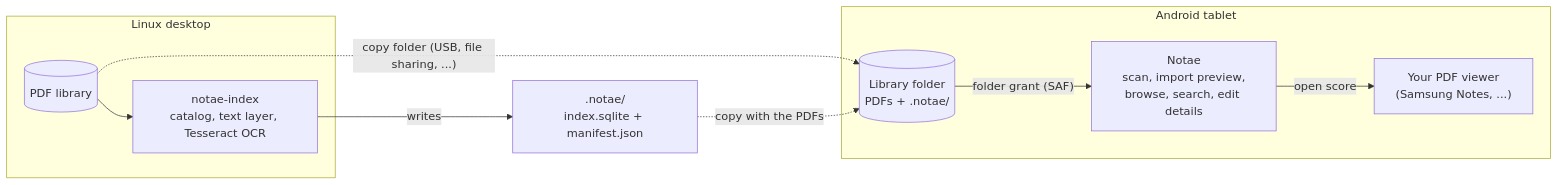
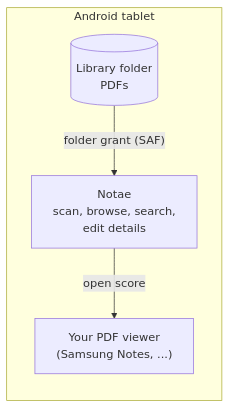
One commit to eRgo35/notae changed the diagram in README.md. Above: the diagram before and after it, drawn with Mermaid. The commit also changed other lines of this file and 59 other files, not shown here.

First line of the commit message:
refactor!: drop the desktop indexer and archive desktop OCR

````diff
--- a/README.md
+++ b/README.md
@@ -115,20 +106,10 @@
 ```mermaid
 flowchart LR
-    subgraph desktop["Linux desktop"]
-        pdfs[("PDF library")]
-        idx["notae-index<br/>catalog, text layer, Tesseract OCR"]
-        pdfs --> idx
-    end
-
-    idx -->|writes| sidecar[".notae/<br/>index.sqlite + manifest.json"]
-    pdfs -. "copy folder (USB, file sharing, ...)" .-> tablet_files
-    sidecar -. "copy with the PDFs" .-> tablet_files
-
     subgraph tablet["Android tablet"]
-        tablet_files[("Library folder<br/>PDFs + .notae/")]
-        app["Notae<br/>scan, import preview,<br/>browse, search, edit details"]
+        files[("Library folder<br/>PDFs")]
+        app["Notae<br/>scan, browse, search,<br/>edit details"]
         viewer["Your PDF viewer<br/>(Samsung Notes, ...)"]
-        tablet_files -->|"folder grant (SAF)"| app
+        files -->|"folder grant (SAF)"| app
         app -->|"open score"| viewer
     end
 ```
````
